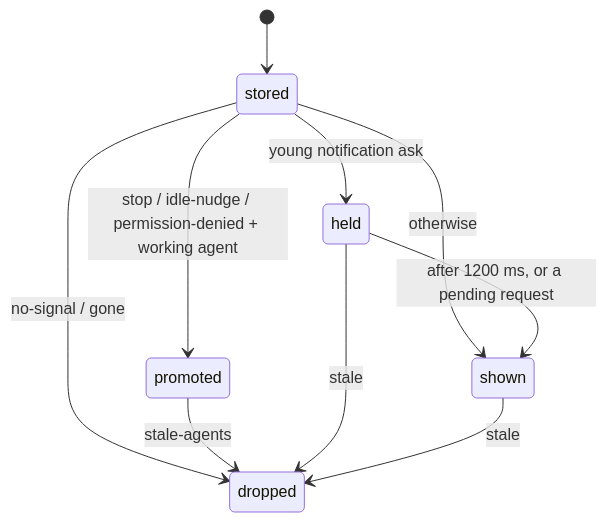
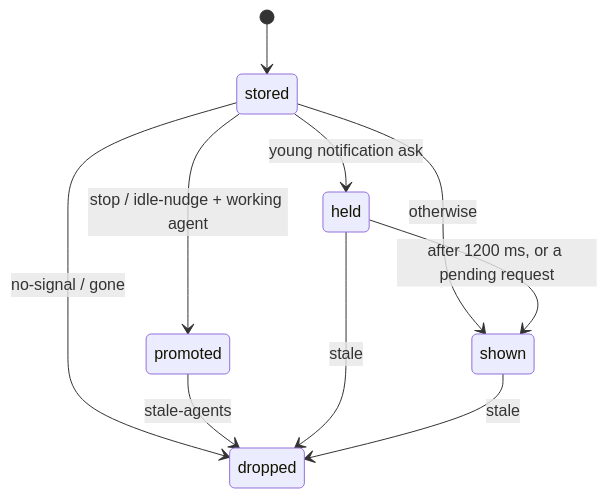
The second of 2 diagrams in docs/state-machine.md (CallumJB125/claude-traffic-light), drawn with Mermaid before and after one commit. The commit also changed other lines of this file and 7 other files, not shown here.

````diff
--- a/docs/state-machine.md
+++ b/docs/state-machine.md
@@ -190,12 +170,12 @@
 ```mermaid
 stateDiagram-v2
   [*] --> stored
   stored --> dropped: no-signal / gone
   stored --> held: young notification ask
-  stored --> promoted: stop / idle-nudge / permission-denied + working agent
+  stored --> promoted: stop / idle-nudge + working agent
   stored --> shown: otherwise
   held --> shown: after 1200 ms, or a pending request
   promoted --> dropped: stale-agents
   held --> dropped: stale
   shown --> dropped: stale
 ```
````
